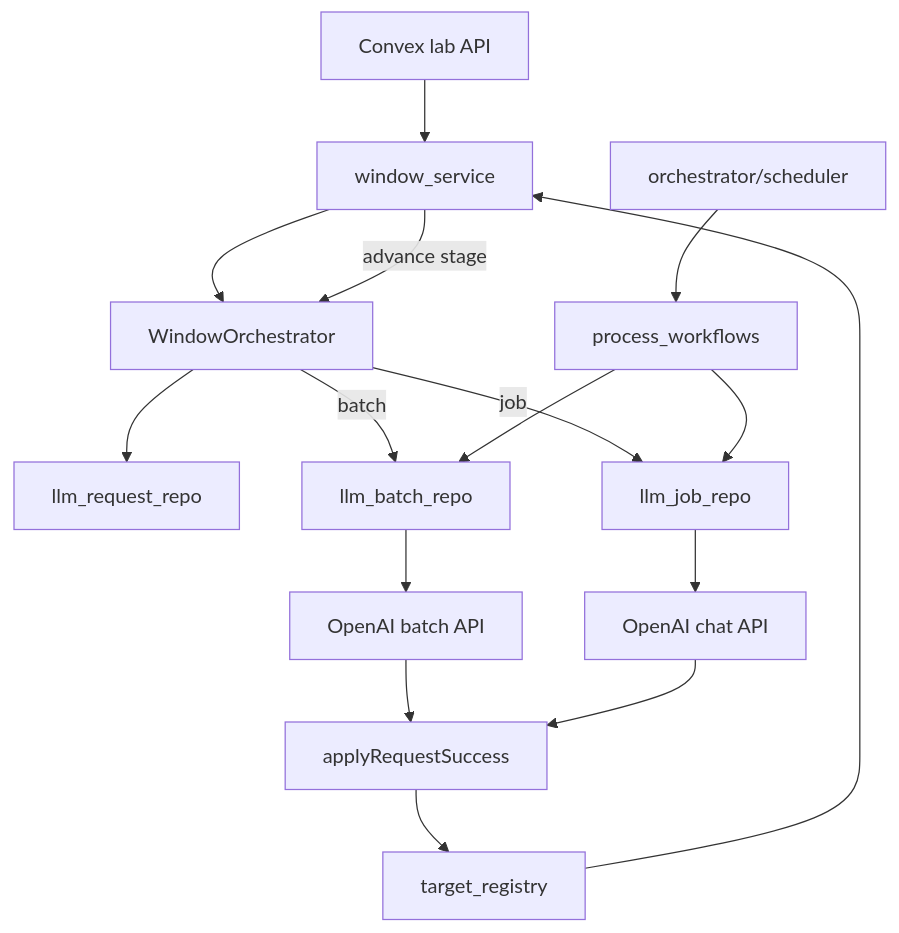
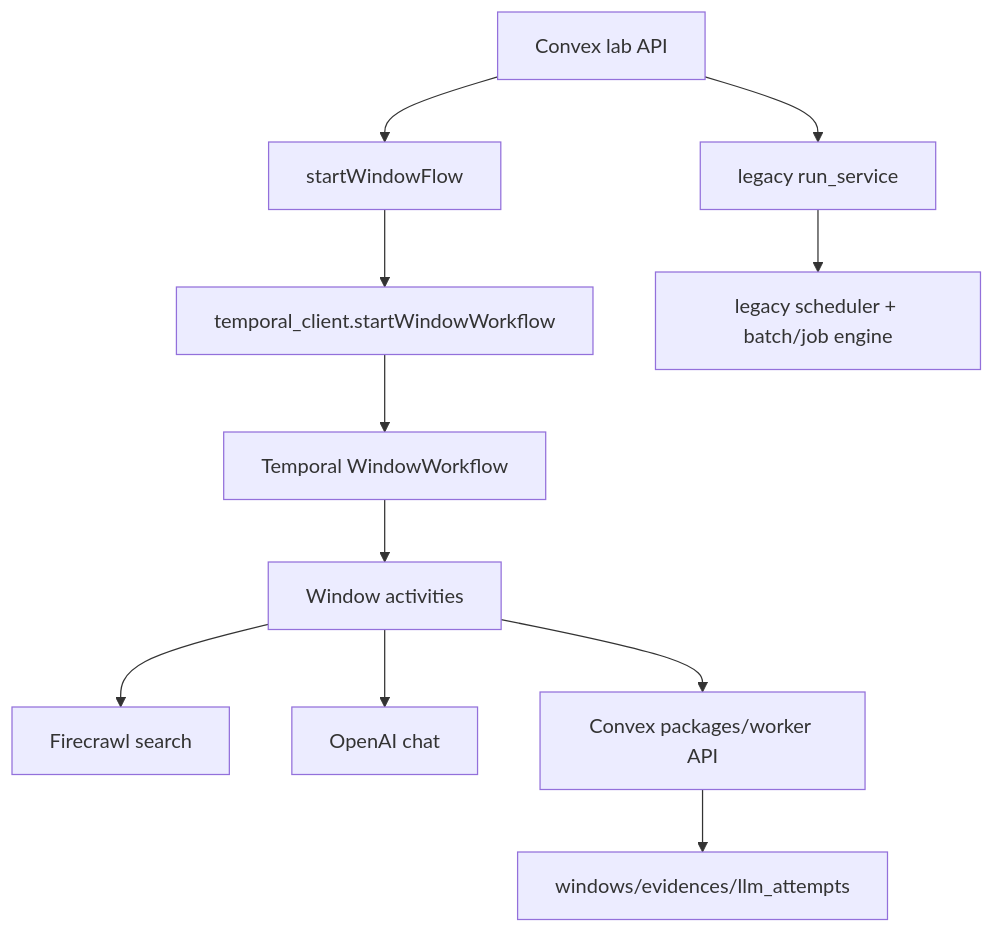
The first of 5 diagrams in README.md (theonetruejesse/judge-gym), drawn with Mermaid before and after one commit. The commit also changed other lines of this file and 22 other files, not shown here.

Commit message:
Migrate window workflow to Temporal

````diff
--- a/README.md
+++ b/README.md
@@ -243,18 +250,13 @@
 ```mermaid
 flowchart TD
-  Lab[Convex lab API] --> WindowService[window_service]
-  WindowService --> Orchestrator[WindowOrchestrator]
-  Orchestrator --> Requests[llm_request_repo]
-  Orchestrator -->|batch| Batches[llm_batch_repo]
-  Orchestrator -->|job| Jobs[llm_job_repo]
-  Scheduler[orchestrator/scheduler] --> Workflows[process_workflows]
-  Workflows --> Batches
-  Workflows --> Jobs
-  Batches --> ProviderBatch[OpenAI batch API]
-  Jobs --> ProviderChat[OpenAI chat API]
-  ProviderBatch --> Results[applyBatchResults]
-  ProviderChat --> Results[applyRequestSuccess]
-  Results --> TargetRegistry[target_registry]
-  TargetRegistry --> WindowService
-  WindowService -->|advance stage| Orchestrator
+  Lab[Convex lab API] --> StartWindow[startWindowFlow]
+  StartWindow --> TemporalStart[temporal_client.startWindowWorkflow]
+  TemporalStart --> WindowWorkflow[Temporal WindowWorkflow]
+  WindowWorkflow --> WindowActivities[Window activities]
+  WindowActivities --> Firecrawl[Firecrawl search]
+  WindowActivities --> OpenAI[OpenAI chat]
+  WindowActivities --> WorkerApi[Convex packages/worker API]
+  WorkerApi --> WindowTables[windows/evidences/llm_attempts]
+  Lab --> RunService[legacy run_service]
+  RunService --> Scheduler[legacy scheduler + batch/job engine]
 ```
````
